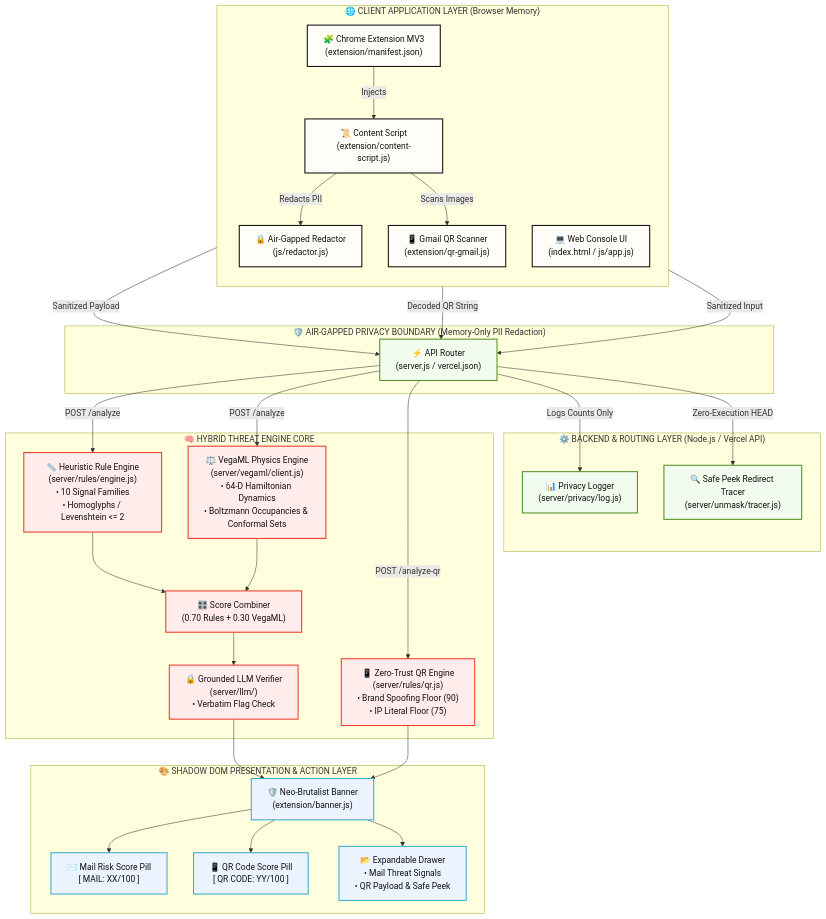
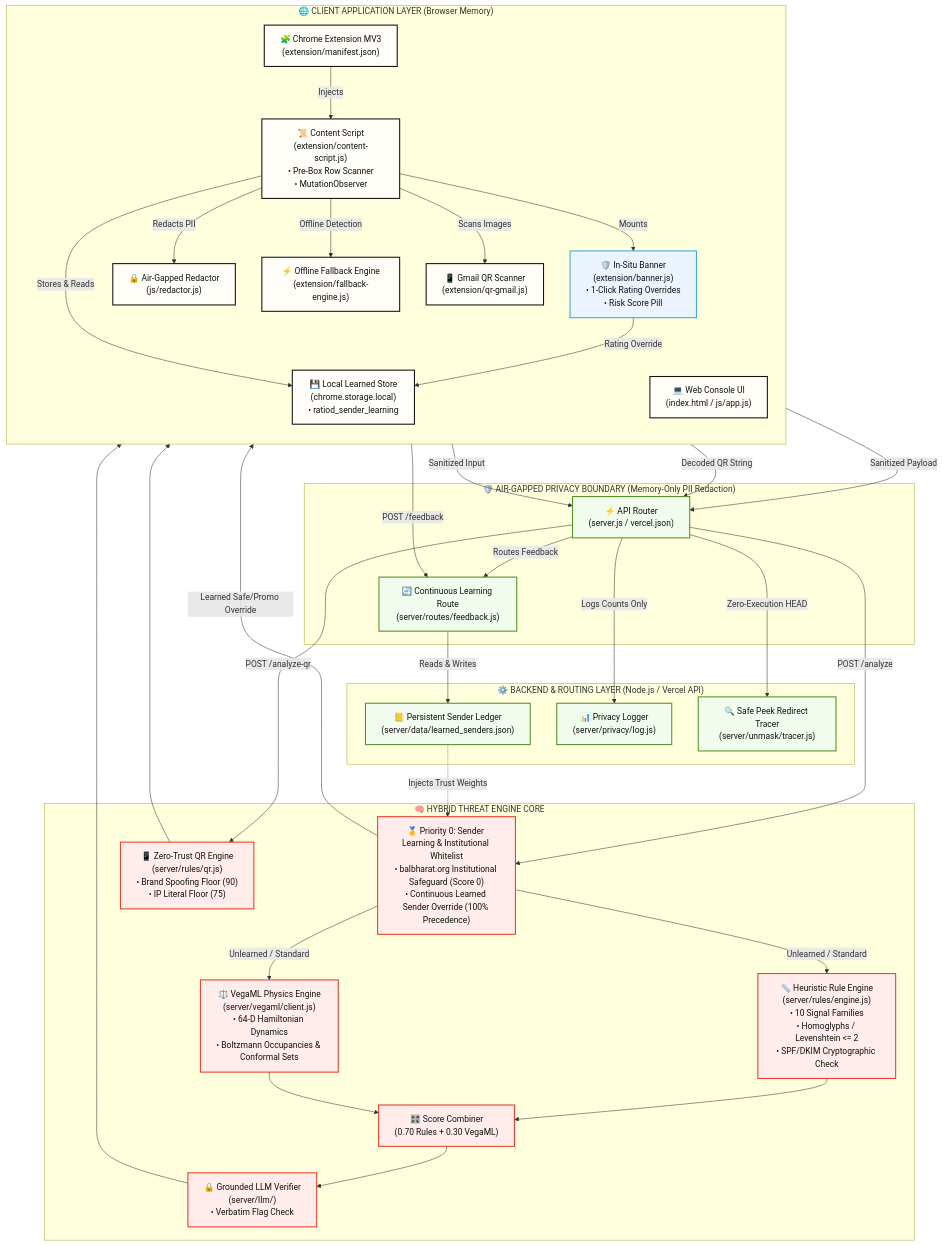
Before and after one commit to VedxntDev/Ratio-d: the fourth of 5 diagrams in README.md, drawn with Mermaid. The commit also changed other lines of this file and 3 other files, not shown here.

Commit message:
docs: update system architecture flowcharts, continuous Bayesian learning diagrams, and v1.4.1 specifications

````diff
--- a/README.md
+++ b/README.md
@@ -227,69 +271,75 @@
 ```mermaid
 flowchart TD
     subgraph CLIENT_LAYER ["🌐 CLIENT APPLICATION LAYER (Browser Memory)"]
         direction TB
         EXT["🧩 Chrome Extension MV3<br/>(extension/manifest.json)"]
-        CS["📜 Content Script<br/>(extension/content-script.js)"]
+        CS["📜 Content Script<br/>(extension/content-script.js)<br/>• Pre-Box Row Scanner<br/>• MutationObserver"]
+        LOCAL_STORE["💾 Local Learned Store<br/>(chrome.storage.local)<br/>• ratiod_sender_learning"]
+        BANNER["🛡️ In-Situ Banner<br/>(extension/banner.js)<br/>• 1-Click Rating Overrides<br/>• Risk Score Pill"]
         RED["🔒 Air-Gapped Redactor<br/>(js/redactor.js)"]
+        FALLBACK["⚡ Offline Fallback Engine<br/>(extension/fallback-engine.js)"]
         QR_SCAN["📱 Gmail QR Scanner<br/>(extension/qr-gmail.js)"]
         WEB_APP["💻 Web Console UI<br/>(index.html / js/app.js)"]
         
         EXT -->|Injects| CS
+        CS -->|Stores & Reads| LOCAL_STORE
+        CS -->|Mounts| BANNER
         CS -->|Redacts PII| RED
+        CS -->|Offline Detection| FALLBACK
         CS -->|Scans Images| QR_SCAN
+        BANNER -->|Rating Override| LOCAL_STORE
     end
 
     subgraph PRIVACY_WALL ["🛡️ AIR-GAPPED PRIVACY BOUNDARY (Memory-Only PII Redaction)"]
         RED -->|Sanitized Payload| API_GATEWAY
         QR_SCAN -->|Decoded QR String| API_GATEWAY
         WEB_APP -->|Sanitized Input| API_GATEWAY
+        CS -->|POST /feedback| FEEDBACK_ROUTE
     end
 
     subgraph SERVER_LAYER ["⚙️ BACKEND & ROUTING LAYER (Node.js / Vercel API)"]
         API_GATEWAY["⚡ API Router<br/>(server.js / vercel.json)"]
+        FEEDBACK_ROUTE["🔄 Continuous Learning Route<br/>(server/routes/feedback.js)"]
+        PERSISTENT_LEDGER["📒 Persistent Sender Ledger<br/>(server/data/learned_senders.json)"]
         LOG["📊 Privacy Logger<br/>(server/privacy/log.js)"]
         TRACER["🔍 Safe Peek Redirect Tracer<br/>(server/unmask/tracer.js)"]
 
+        API_GATEWAY -->|Routes Feedback| FEEDBACK_ROUTE
+        FEEDBACK_ROUTE -->|Reads & Writes| PERSISTENT_LEDGER
         API_GATEWAY -->|Logs Counts Only| LOG
         API_GATEWAY -->|Zero-Execution HEAD| TRACER
     end
 
     subgraph DETECTION_CORE ["🧠 HYBRID THREAT ENGINE CORE"]
-        RULE["📏 Heuristic Rule Engine<br/>(server/rules/engine.js)<br/>• 10 Signal Families<br/>• Homoglyphs / Levenshtein <= 2"]
+        PRIORITY_ZERO["🥇 Priority 0: Sender Learning & Institutional Whitelist<br/>• balbharat.org Institutional Safeguard (Score 0)<br/>• Continuous Learned Sender Override (100% Precedence)"]
+        RULE["📏 Heuristic Rule Engine<br/>(server/rules/engine.js)<br/>• 10 Signal Families<br/>• Homoglyphs / Levenshtein <= 2<br/>• SPF/DKIM Cryptographic Check"]
         VEGAML["⚖️ VegaML Physics Engine<br/>(server/vegaml/client.js)<br/>• 64-D Hamiltonian Dynamics<br/>• Boltzmann Occupancies & Conformal Sets"]
         QR_RULES["📱 Zero-Trust QR Engine<br/>(server/rules/qr.js)<br/>• Brand Spoofing Floor (90)<br/>• IP Literal Floor (75)"]
         COMBINER["🎛️ Score Combiner<br/>(0.70 Rules + 0.30 VegaML)"]
         GROUNDER["🔒 Grounded LLM Verifier<br/>(server/llm/)<br/>• Verbatim Flag Check"]
 
-        API_GATEWAY -->|POST /analyze| RULE
-        API_GATEWAY -->|POST /analyze| VEGAML
+        API_GATEWAY -->|POST /analyze| PRIORITY_ZERO
+        PERSISTENT_LEDGER -.->|Injects Trust Weights| PRIORITY_ZERO
+        PRIORITY_ZERO -->|Unlearned / Standard| RULE
+        PRIORITY_ZERO -->|Unlearned / Standard| VEGAML
         API_GATEWAY -->|POST /analyze-qr| QR_RULES
 
         RULE --> COMBINER
         VEGAML --> COMBINER
         COMBINER --> GROUNDER
     end
 
-    subgraph PRESENTATION ["🎨 SHADOW DOM PRESENTATION & ACTION LAYER"]
-        BANNER["🛡️ Neo-Brutalist Banner<br/>(extension/banner.js)"]
-        MAIL_BADGE["✉️ Mail Risk Score Pill<br/>[ MAIL: XX/100 ]"]
-        QR_BADGE["📱 QR Code Score Pill<br/>[ QR CODE: YY/100 ]"]
-        DRAWER["📂 Expandable Drawer<br/>• Mail Threat Signals<br/>• QR Payload & Safe Peek"]
-
-        GROUNDER --> BANNER
-        QR_RULES --> BANNER
-        BANNER --> MAIL_BADGE
-        BANNER --> QR_BADGE
-        BANNER --> DRAWER
-    end
+    PRIORITY_ZERO -->|Learned Safe/Promo Override| BANNER
+    GROUNDER --> BANNER
+    QR_RULES --> BANNER
 
     classDef clientFill fill:#FFFDF7,stroke:#121212,stroke-width:2px,color:#121212
     classDef serverFill fill:#F2FCEE,stroke:#559127,stroke-width:2px,color:#121212
     classDef engineFill fill:#FFECEB,stroke:#EA3E2B,stroke-width:2px,color:#121212
     classDef renderFill fill:#EBF3FF,stroke:#38AECC,stroke-width:2px,color:#121212
 
-    class EXT,CS,RED,QR_SCAN,WEB_APP clientFill
-    class API_GATEWAY,LOG,TRACER serverFill
-    class RULE,VEGAML,QR_RULES,COMBINER,GROUNDER engineFill
-    class BANNER,MAIL_BADGE,QR_BADGE,DRAWER renderFill
+    class EXT,CS,LOCAL_STORE,RED,FALLBACK,QR_SCAN,WEB_APP clientFill
+    class API_GATEWAY,FEEDBACK_ROUTE,PERSISTENT_LEDGER,LOG,TRACER serverFill
+    class PRIORITY_ZERO,RULE,VEGAML,QR_RULES,COMBINER,GROUNDER engineFill
+    class BANNER renderFill
 ```
````
